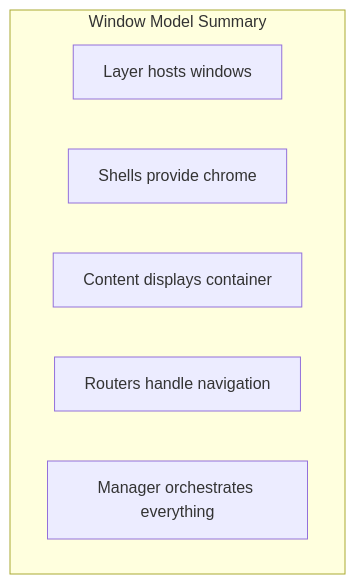
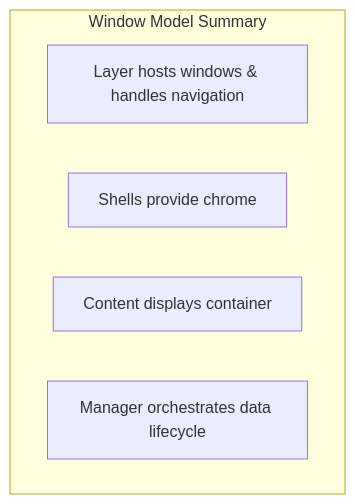
The eighth of 8 diagrams in outliyr-framework/docs/base-lyra-modified/ui/item-container-ui-system/core-architecture-and-data-structures/the-window-model.md (outliyr/outliyr-docs), drawn with Mermaid before and after one commit. The commit also changed other lines of this file and 33 other files, not shown here.

````diff
--- a/outliyr-framework/docs/base-lyra-modified/ui/item-container-ui-system/core-architecture-and-data-structures/the-window-model.md
+++ b/outliyr-framework/docs/base-lyra-modified/ui/item-container-ui-system/core-architecture-and-data-structures/the-window-model.md
@@ -317,10 +316,9 @@
 ```mermaid
 flowchart TB
     subgraph Summary ["Window Model Summary"]
-        L[Layer hosts windows]
+        L[Layer hosts windows & handles navigation]
         S[Shells provide chrome]
         C[Content displays container]
-        R[Routers handle navigation]
-        M[Manager orchestrates everything]
+        M[Manager orchestrates data lifecycle]
     end
 ```
````
